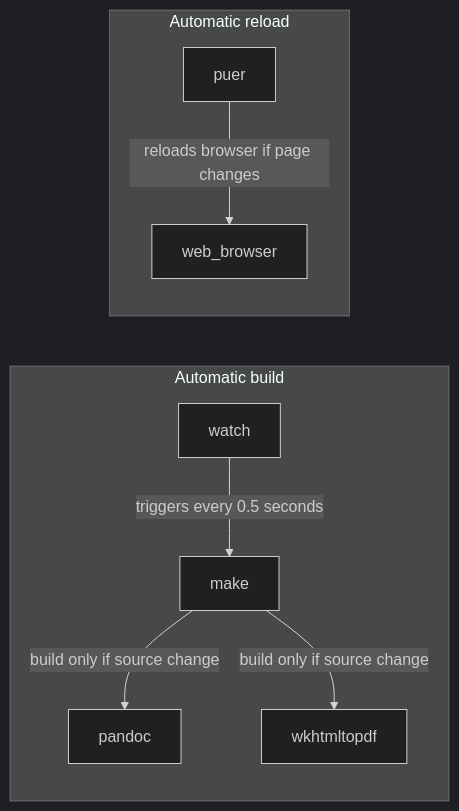
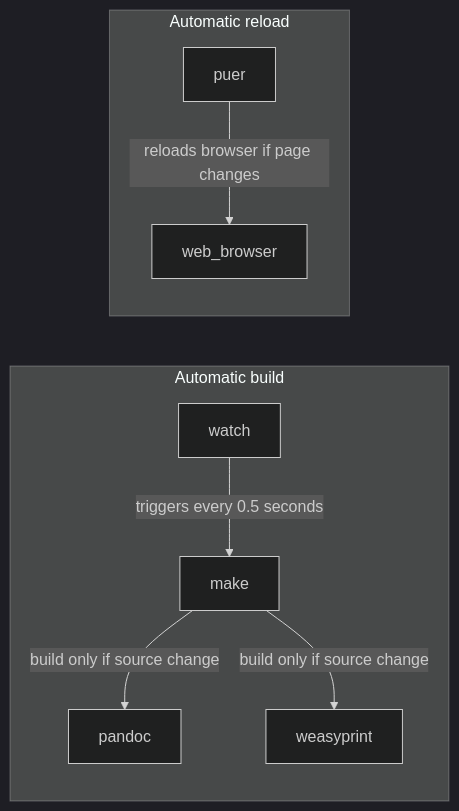
One commit to qchenevier/resume changed the diagram in README.md. Above: the diagram before and after it, drawn with Mermaid (dark theme). The commit also changed other lines of this file and 2 other files, not shown here.

Commit message:
changed html to pdf conversion to use weasyprint

````diff
--- a/README.md
+++ b/README.md
@@ -8,13 +8,13 @@
 ```mermaid
 graph LR;
 
   subgraph "Automatic build"
   watch-- triggers every 0.5 seconds -->make;
   make-- build only if source change -->pandoc;
-  make-- build only if source change -->wkhtmltopdf;
+  make-- build only if source change -->weasyprint;
   end
 
   subgraph "Automatic reload"
   puer-- reloads browser if page changes -->web_browser;
   end
 ```
````
